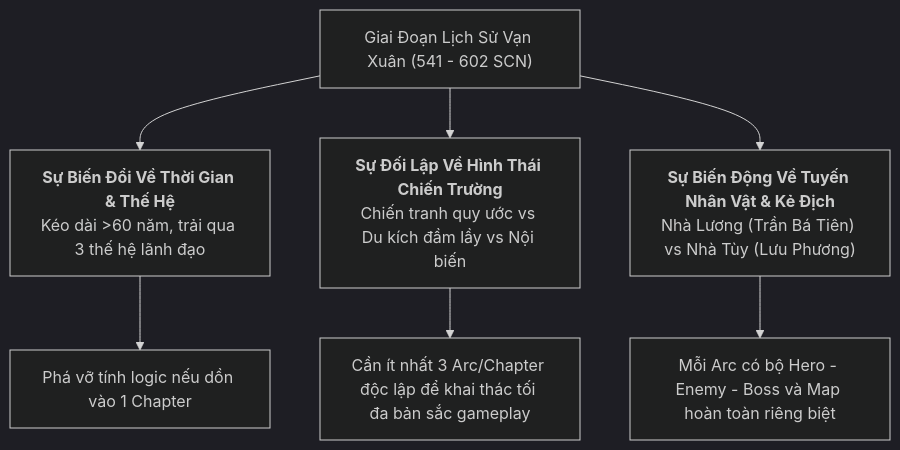
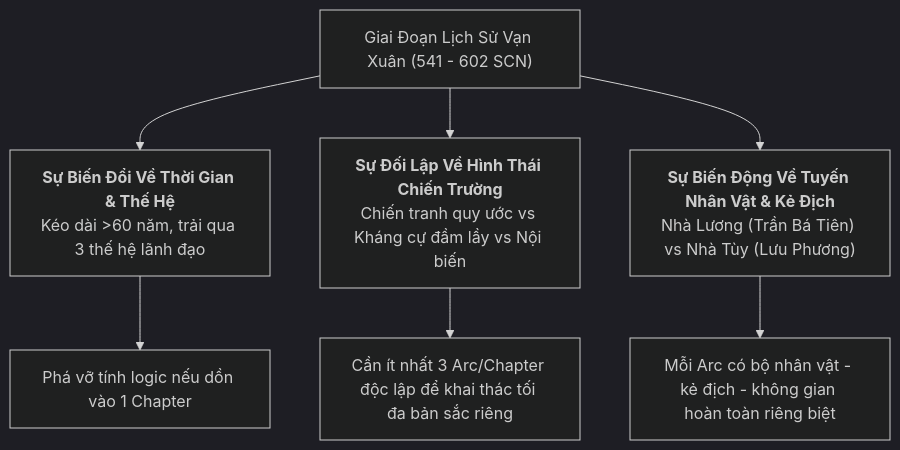
One commit to LightDucan/HuyenSu-TD changed the first of 3 diagrams in docs/drafts/viet-su/van-xuan/chapter-structure-proposal.md. Above: the diagram before and after it, drawn with Mermaid (dark theme). The commit also changed other lines of this file and 1 other file, not shown here.

Commit message:
docs(viet-su): apply VS-VX-01 source consistency fixes to chapter structure and roster spec (VS-VX-02)

````diff
--- a/docs/drafts/viet-su/van-xuan/chapter-structure-proposal.md
+++ b/docs/drafts/viet-su/van-xuan/chapter-structure-proposal.md
@@ -15,10 +19,10 @@
 ```mermaid
 flowchart TD
     A["Giai Đoạn Lịch Sử Vạn Xuân (541 - 602 SCN)"] --> B["<b>Sự Biến Đổi Về Thời Gian & Thế Hệ</b><br>Kéo dài >60 năm, trải qua 3 thế hệ lãnh đạo"]
-    A --> C["<b>Sự Đối Lập Về Hình Thái Chiến Trường</b><br>Chiến tranh quy ước vs Du kích đầm lầy vs Nội biến"]
+    A --> C["<b>Sự Đối Lập Về Hình Thái Chiến Trường</b><br>Chiến tranh quy ước vs Kháng cự đầm lầy vs Nội biến"]
     A --> D["<b>Sự Biến Động Về Tuyến Nhân Vật & Kẻ Địch</b><br>Nhà Lương (Trần Bá Tiên) vs Nhà Tùy (Lưu Phương)"]
 
     B --> E["Phá vỡ tính logic nếu dồn vào 1 Chapter"]
-    C --> F["Cần ít nhất 3 Arc/Chapter độc lập để khai thác tối đa bản sắc gameplay"]
-    D --> G["Mỗi Arc có bộ Hero - Enemy - Boss và Map hoàn toàn riêng biệt"]
+    C --> F["Cần ít nhất 3 Arc/Chapter độc lập để khai thác tối đa bản sắc riêng"]
+    D --> G["Mỗi Arc có bộ nhân vật - kẻ địch - không gian hoàn toàn riêng biệt"]
 ```
````
